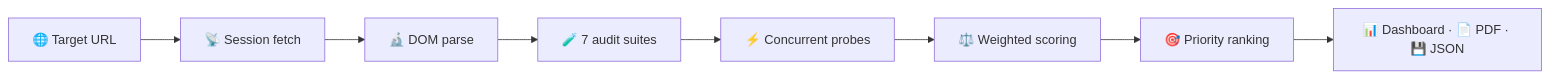
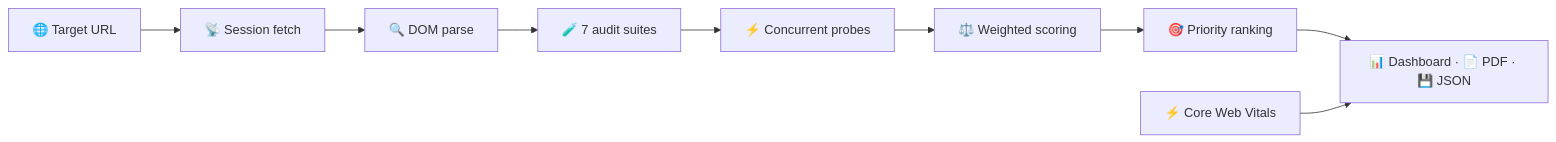
The diagram in README.md (alikali68/rankpilot), drawn with Mermaid before and after one commit. The commit also changed other lines of this file and 1 other file, not shown here.

Commit message:
Docs: full professional README rewrite incl. M3 Core Web Vitals (EN + FA)

````diff
--- a/README.md
+++ b/README.md
@@ -43,10 +75,11 @@
 ```mermaid
 flowchart LR
     A[🌐 Target URL] --> B[📡 Session fetch]
-    B --> C[🔬 DOM parse]
+    B --> C[🔍 DOM parse]
     C --> D[🧪 7 audit suites]
     D --> E[⚡ Concurrent probes]
     E --> F[⚖️ Weighted scoring]
     F --> G[🎯 Priority ranking]
     G --> H[📊 Dashboard · 📄 PDF · 💾 JSON]
+    I[⚡ Core Web Vitals] --> H
 ```
````
